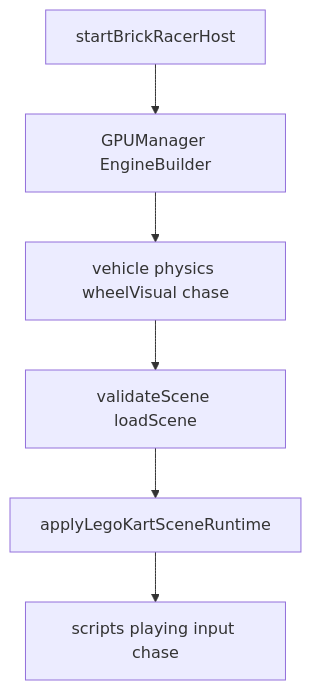
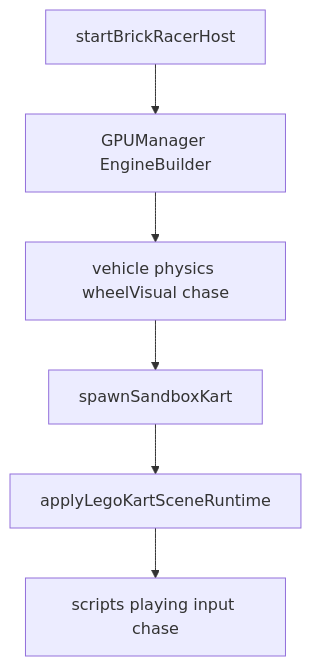
Before and after one commit to naanouff/Brick-Racer: the diagram in docs/plans/lego-kart-host.md, drawn with Mermaid. The commit also changed other lines of this file and 313 other files, not shown here.

````diff
--- a/docs/plans/lego-kart-host.md
+++ b/docs/plans/lego-kart-host.md
@@ -15,10 +15,10 @@
 ```mermaid
 flowchart TB
   boot[startBrickRacerHost]
   eng[GPUManager EngineBuilder]
   stack[vehicle physics wheelVisual chase]
-  load[validateScene loadScene]
+  spawn[spawnSandboxKart]
   runtime[applyLegoKartSceneRuntime]
   play[scripts playing input chase]
-  boot --> eng --> stack --> load --> runtime --> play
+  boot --> eng --> stack --> spawn --> runtime --> play
 ```
````
